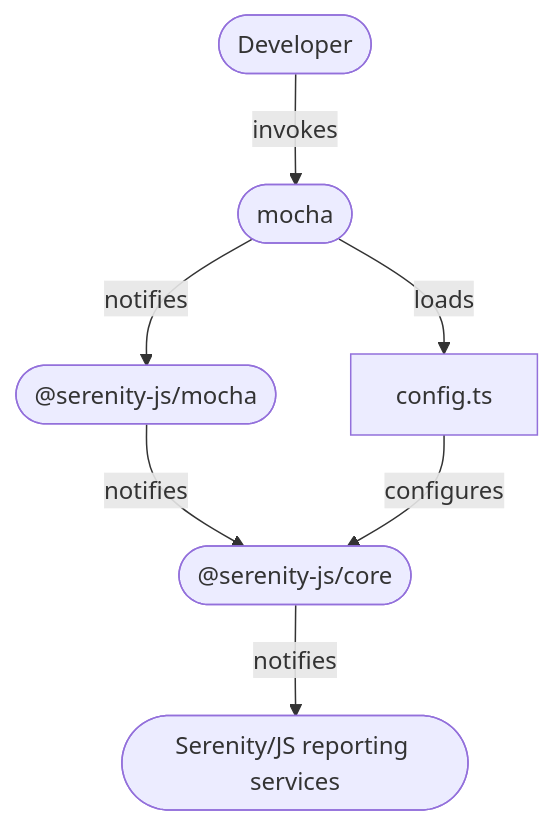
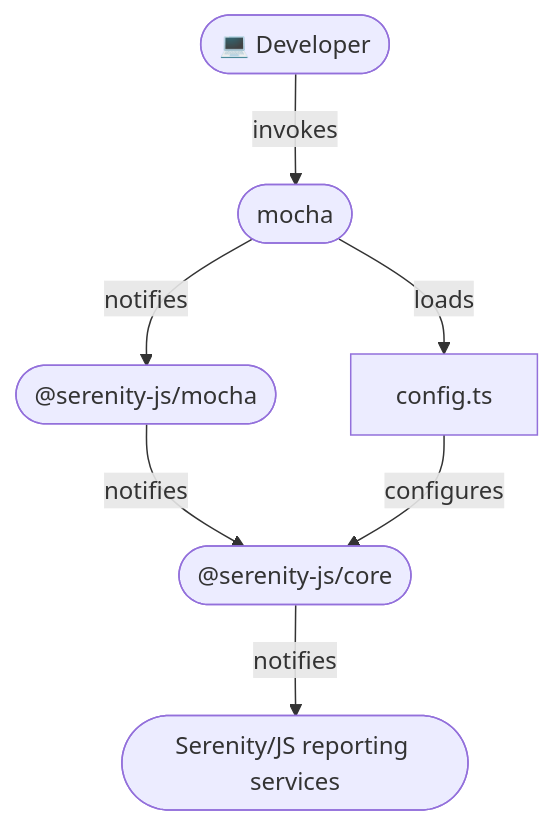
Before and after one commit to serenity-js/serenity-js: the diagram in documentation/serenity-js.org/docs/test-runners/mocha.mdx, drawn with Mermaid. The commit also changed other lines of this file and 2 other files, not shown here.

Commit message:
docs(website): updated cucumber, jasmine, and mocha guides

````diff
--- a/documentation/serenity-js.org/docs/test-runners/mocha.mdx
+++ b/documentation/serenity-js.org/docs/test-runners/mocha.mdx
@@ -30,19 +55,19 @@
 ```mermaid
 graph TB
-    DEV(["Developer"])
+    DEV(["💻 Developer"])
     TR(["mocha"])
     SC(["@serenity-js/core"])
     TRA(["@serenity-js/mocha"])
     CF["config.ts"]
     R(["Serenity/JS reporting services"])
     DEV -- invokes --> TR
     TR -- loads --> CF
     TR -- notifies --> TRA
     TRA -- notifies --> SC
     CF -- configures --> SC
     SC -- notifies --> R
-    class R socket
+
     click R "/handbook/reporting"
-    click SC "/modules/core"
-    click TRA "/modules/mocha"
+    click SC "/api/core"
+    click TRA "/api/mocha"
 ```
````
